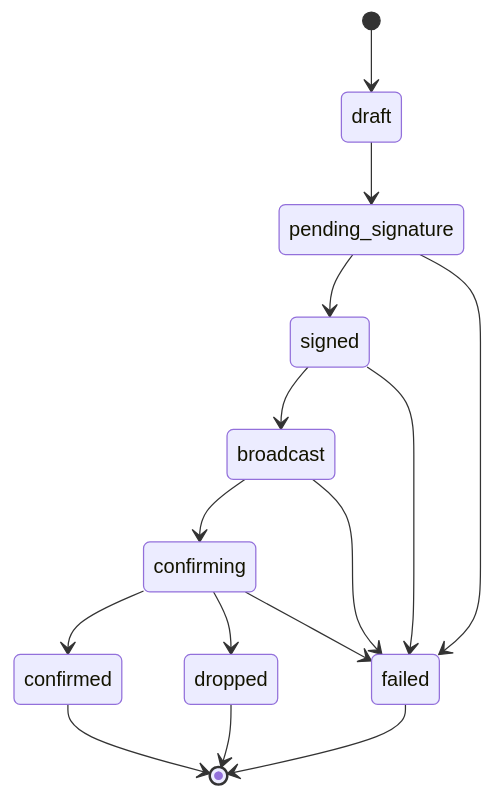
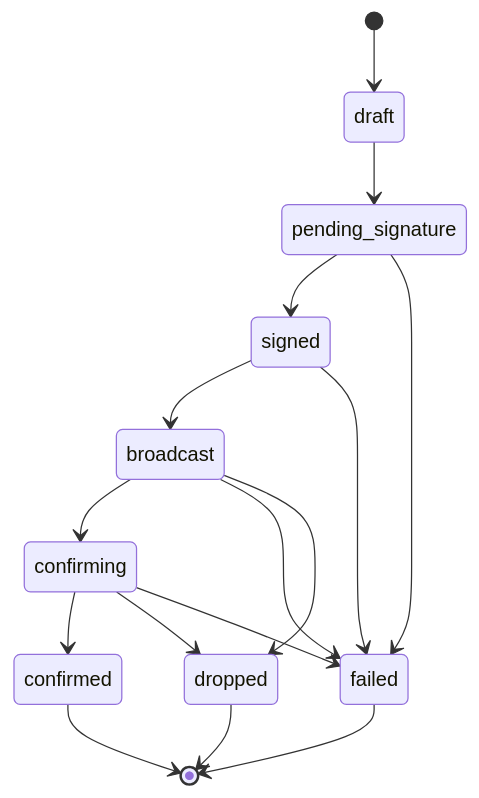
Before and after one commit to selimdlkc-1/Vault: the second of 2 diagrams in docs/01_DOMAIN_MODEL.md, drawn with Mermaid. The commit also changed other lines of this file and 19 other files, not shown here.

First line of the commit message:
feat(transfers): confirmation worker — broadcast → confirming/confirmed/dropped/failed (Faz 5 §5.5) (#38)

````diff
--- a/docs/01_DOMAIN_MODEL.md
+++ b/docs/01_DOMAIN_MODEL.md
@@ -261,17 +261,18 @@
 ```mermaid
 stateDiagram-v2
     [*] --> draft
     draft --> pending_signature
     pending_signature --> signed
     pending_signature --> failed
     signed --> broadcast
     signed --> failed
     broadcast --> confirming
     broadcast --> failed
+    broadcast --> dropped
     confirming --> confirmed
     confirming --> dropped
     confirming --> failed
     confirmed --> [*]
     failed --> [*]
     dropped --> [*]
 ```
````
